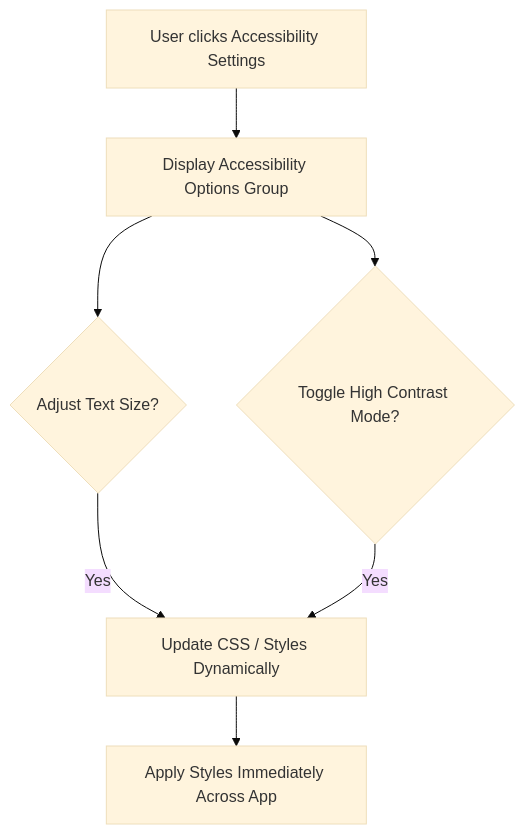
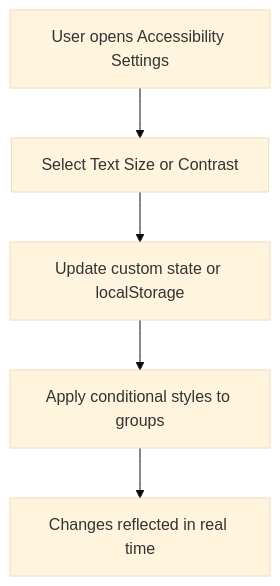
Before and after one commit to algosup/2024-2025-project-5-bubble-intermarche-team-5: the eighth of 14 diagrams in Documents/TechnicalSpecification/technicalSpecification.md, drawn with Mermaid (base theme). The commit also changed other lines of this file and 1 other file, not shown here.

````diff
--- a/Documents/TechnicalSpecification/technicalSpecification.md
+++ b/Documents/TechnicalSpecification/technicalSpecification.md
@@ -424,9 +732,7 @@
 ```mermaid
 flowchart TD
-    click_settings[User clicks Accessibility Settings] --> show_options[Display Accessibility Options Group]
-    show_options --> adjust_text_size{Adjust Text Size?}
-    adjust_text_size -->|Yes| update_css[Update CSS / Styles Dynamically]
-    show_options --> toggle_contrast{Toggle High Contrast Mode?}
-    toggle_contrast -->|Yes| update_css
-    update_css --> apply_styles[Apply Styles Immediately Across App]
+    A[User opens Accessibility Settings] --> B[Select Text Size or Contrast]
+    B --> C[Update custom state or localStorage]
+    C --> D[Apply conditional styles to groups]
+    D --> E[Changes reflected in real time]
 ```
````
